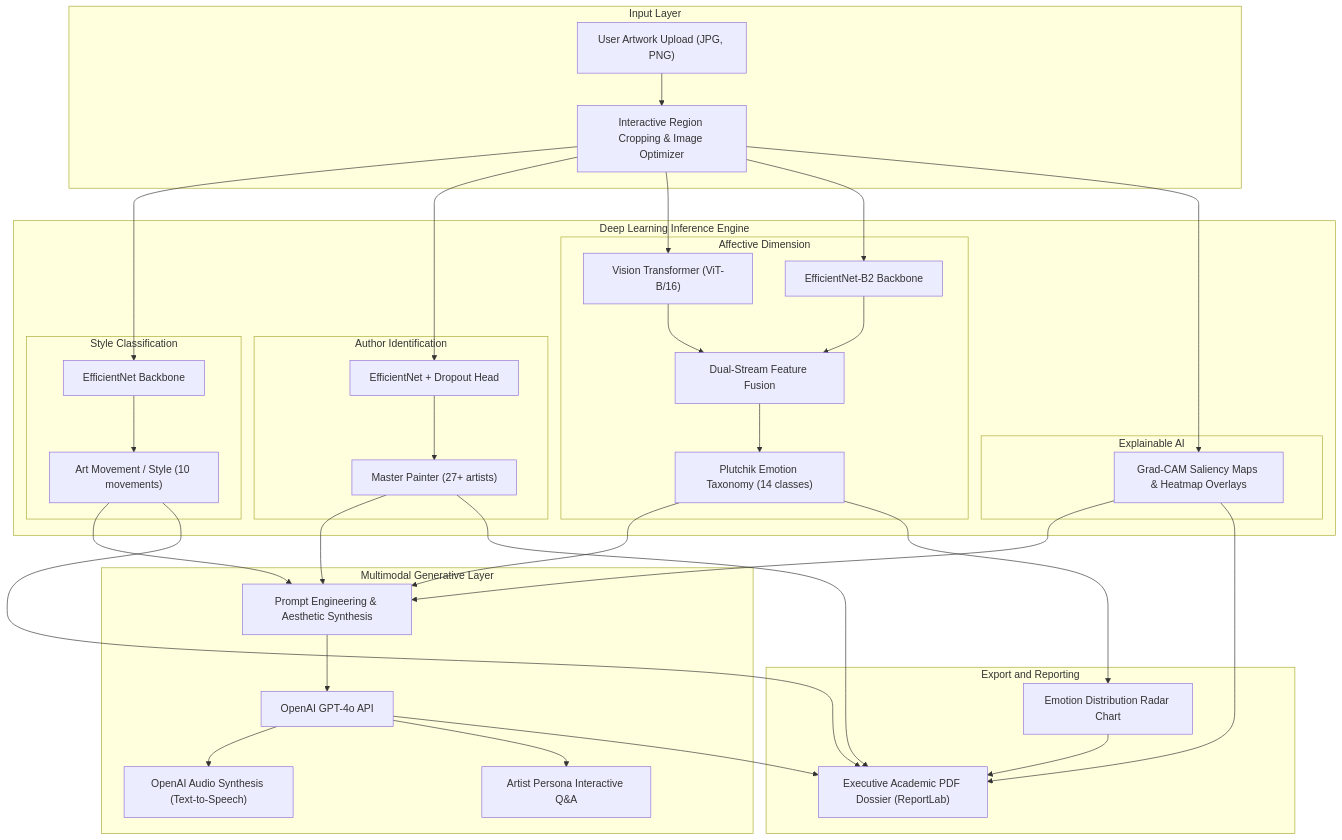
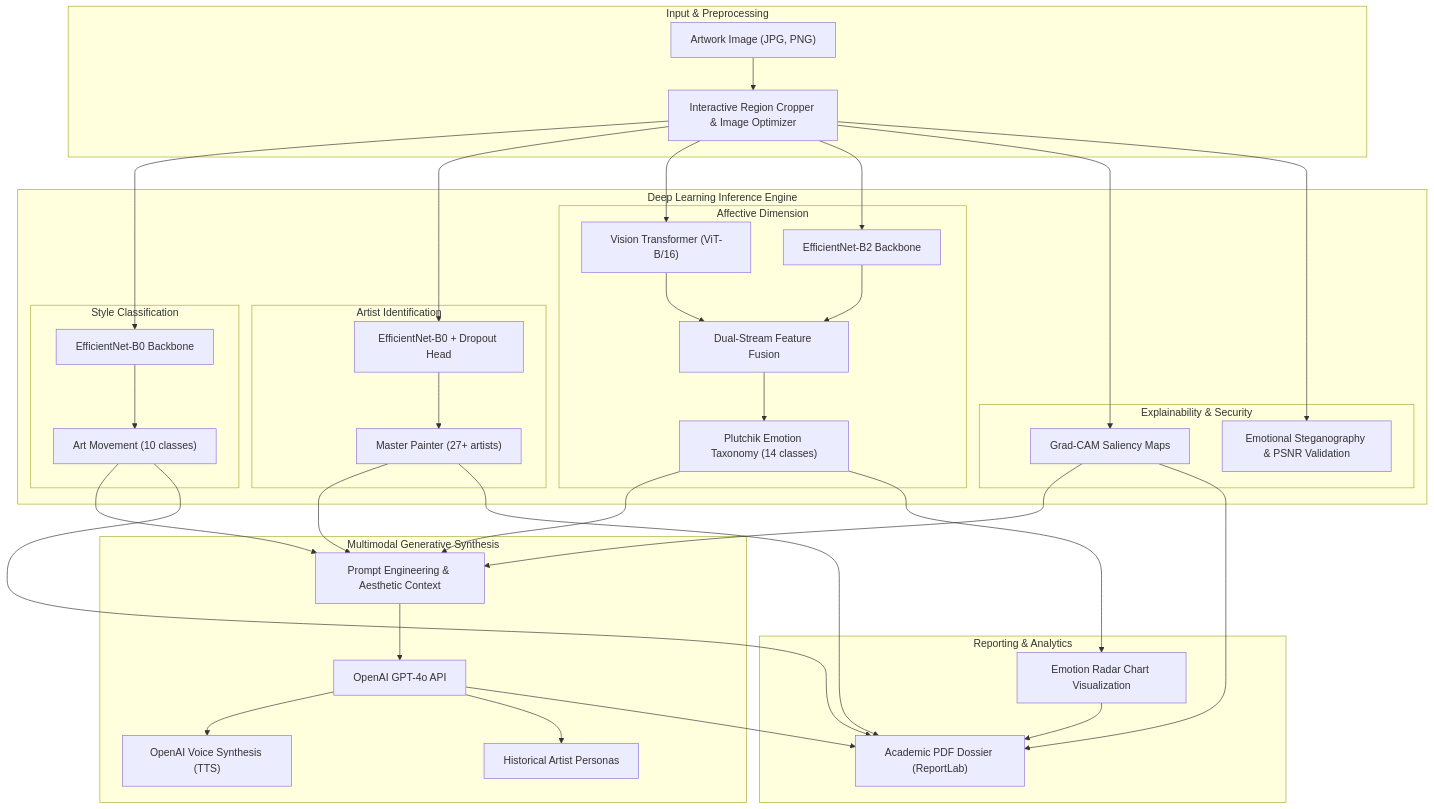
One commit to GhileaLucian/ArtAdvisor changed the diagram in README.md. Above: the diagram before and after it, drawn with Mermaid. The commit also changed other lines of this file and 14 other files, not shown here.

````diff
--- a/README.md
+++ b/README.md
@@ -18,54 +27,56 @@
 ```mermaid
 flowchart TD
-    subgraph Input Layer
-        UserImg["User Artwork Upload (JPG, PNG)"]
-        Cropper["Interactive Region Cropping & Image Optimizer"]
+    subgraph Input & Preprocessing
+        UserImg["Artwork Image (JPG, PNG)"]
+        Cropper["Interactive Region Cropper & Image Optimizer"]
     end
 
     subgraph Deep Learning Inference Engine
         subgraph Style Classification
-            StyleNet["EfficientNet Backbone"]
-            StylePred["Art Movement / Style (10 movements)"]
+            StyleNet["EfficientNet-B0 Backbone"]
+            StylePred["Art Movement (10 classes)"]
         end
 
-        subgraph Author Identification
-            AuthorNet["EfficientNet + Dropout Head"]
+        subgraph Artist Identification
+            AuthorNet["EfficientNet-B0 + Dropout Head"]
             AuthorPred["Master Painter (27+ artists)"]
         end
 
         subgraph Affective Dimension
             ViT["Vision Transformer (ViT-B/16)"]
             EffNet["EfficientNet-B2 Backbone"]
-            Ensemble["Dual-Stream Feature Fusion"]
+            Fusion["Dual-Stream Feature Fusion"]
             EmoPred["Plutchik Emotion Taxonomy (14 classes)"]
         end
 
-        subgraph Explainable AI
-            GradCAM["Grad-CAM Saliency Maps & Heatmap Overlays"]
+        subgraph Explainability & Security
+            GradCAM["Grad-CAM Saliency Maps"]
+            Watermark["Emotional Steganography & PSNR Validation"]
         end
     end
 
-    subgraph Multimodal Generative Layer
-        PromptEngine["Prompt Engineering & Aesthetic Synthesis"]
+    subgraph Multimodal Generative Synthesis
+        PromptEngine["Prompt Engineering & Aesthetic Context"]
         LLM["OpenAI GPT-4o API"]
-        TTS["OpenAI Audio Synthesis (Text-to-Speech)"]
-        Chat["Artist Persona Interactive Q&A"]
+        TTS["OpenAI Voice Synthesis (TTS)"]
+        Chat["Historical Artist Personas"]
     end
 
-    subgraph Export and Reporting
-        PDF["Executive Academic PDF Dossier (ReportLab)"]
-        Radar["Emotion Distribution Radar Chart"]
+    subgraph Reporting & Analytics
+        PDF["Academic PDF Dossier (ReportLab)"]
+        Radar["Emotion Radar Chart Visualization"]
     end
 
     UserImg --> Cropper
     Cropper --> StyleNet --> StylePred
     Cropper --> AuthorNet --> AuthorPred
-    Cropper --> ViT & EffNet --> Ensemble --> EmoPred
+    Cropper --> ViT & EffNet --> Fusion --> EmoPred
     Cropper --> GradCAM
+    Cropper --> Watermark
 
     StylePred & AuthorPred & EmoPred & GradCAM --> PromptEngine
     PromptEngine --> LLM --> TTS
     LLM --> Chat
     EmoPred --> Radar
     LLM & Radar & GradCAM & StylePred & AuthorPred --> PDF
 ```
````
